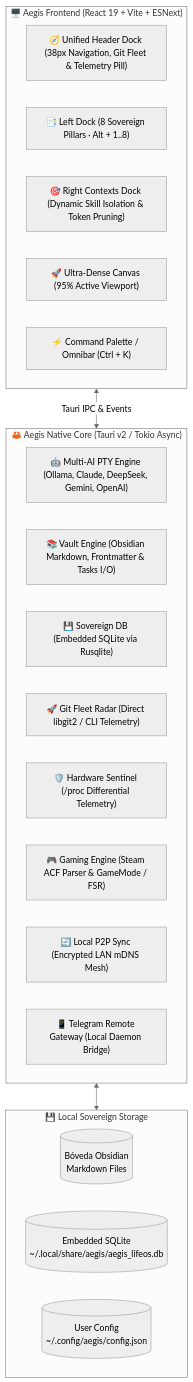
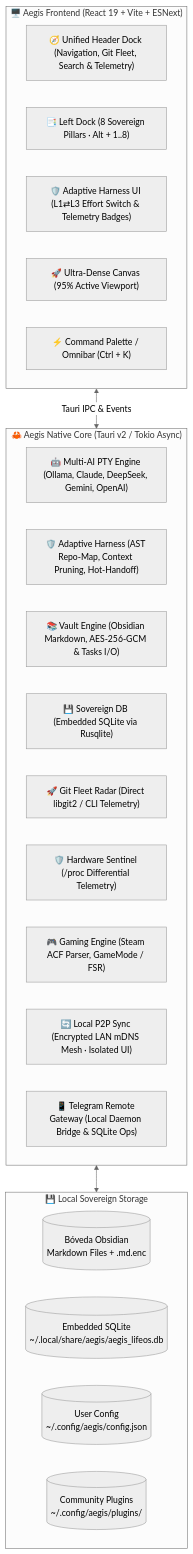
The diagram in README.md (GabrielSa8/Aegis), drawn with Mermaid (neutral theme) before and after one commit. The commit also changed other lines of this file and 10 other files, not shown here.

Commit message:
feat(leisure): game saves auto-detection, atomic packaging and p2p replication (v2.19.0)

````diff
--- a/README.md
+++ b/README.md
@@ -53,30 +53,32 @@
 ```mermaid
 flowchart TD
     subgraph UI ["🖥️ Aegis Frontend (React 19 + Vite + ESNext)"]
-        Top["🧭 Unified Header Dock (38px Navigation, Git Fleet & Telemetry Pill)"]
+        Top["🧭 Unified Header Dock (Navigation, Git Fleet, Search & Telemetry)"]
         NavLeft["📑 Left Dock (8 Sovereign Pillars · Alt + 1..8)"]
-        ContextsRight["🎯 Right Contexts Dock (Dynamic Skill Isolation & Token Pruning)"]
+        HarnessUI["🛡️ Adaptive Harness UI (L1⇄L3 Effort Switch & Telemetry Badges)"]
         Canvas["🚀 Ultra-Dense Canvas (95% Active Viewport)"]
         Omnibar["⚡ Command Palette / Omnibar (Ctrl + K)"]
     end
 
     subgraph RustCore ["🦀 Aegis Native Core (Tauri v2 / Tokio Async)"]
         PTY["🤖 Multi-AI PTY Engine (Ollama, Claude, DeepSeek, Gemini, OpenAI)"]
-        VaultEngine["📚 Vault Engine (Obsidian Markdown, Frontmatter & Tasks I/O)"]
+        HarnessCore["🛡️ Adaptive Harness (AST Repo-Map, Context Pruning, Hot-Handoff)"]
+        VaultEngine["📚 Vault Engine (Obsidian Markdown, AES-256-GCM & Tasks I/O)"]
         SQLiteEngine["💾 Sovereign DB (Embedded SQLite via Rusqlite)"]
         DevOpsEngine["🚀 Git Fleet Radar (Direct libgit2 / CLI Telemetry)"]
         SentinelEngine["🛡️ Hardware Sentinel (/proc Differential Telemetry)"]
-        LeisureEngine["🎮 Gaming Engine (Steam ACF Parser & GameMode / FSR)"]
-        MeshEngine["🔄 Local P2P Sync (Encrypted LAN mDNS Mesh)"]
-        GateEngine["📱 Telegram Remote Gateway (Local Daemon Bridge)"]
+        LeisureEngine["🎮 Gaming Engine (Steam ACF Parser, GameMode / FSR)"]
+        MeshEngine["🔄 Local P2P Sync (Encrypted LAN mDNS Mesh · Isolated UI)"]
+        GateEngine["📱 Telegram Remote Gateway (Local Daemon Bridge & SQLite Ops)"]
     end
 
     subgraph Storage ["💾 Local Sovereign Storage"]
-        Vault[("Bóveda Obsidian\nMarkdown Files")]
+        Vault[("Bóveda Obsidian\nMarkdown Files + .md.enc")]
         DB[("Embedded SQLite\n~/.local/share/aegis/aegis_lifeos.db")]
         Cfg[("User Config\n~/.config/aegis/config.json")]
+        PluginsDir[("Community Plugins\n~/.config/aegis/plugins/")]
     end
 
     UI <-->|Tauri IPC & Events| RustCore
     RustCore <--> Storage
 ```
````
